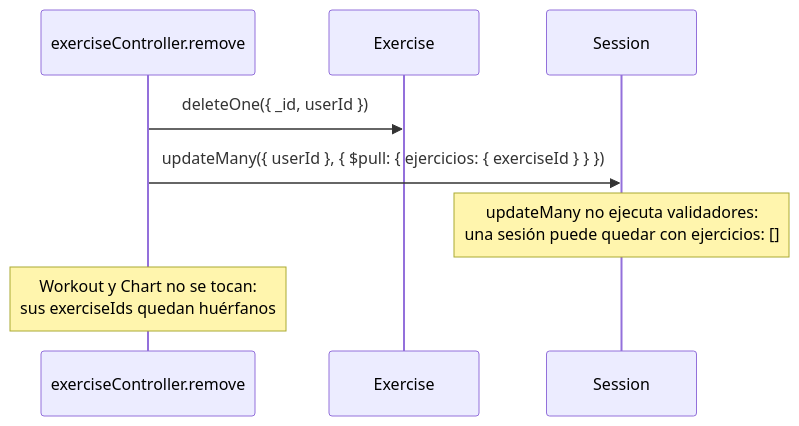
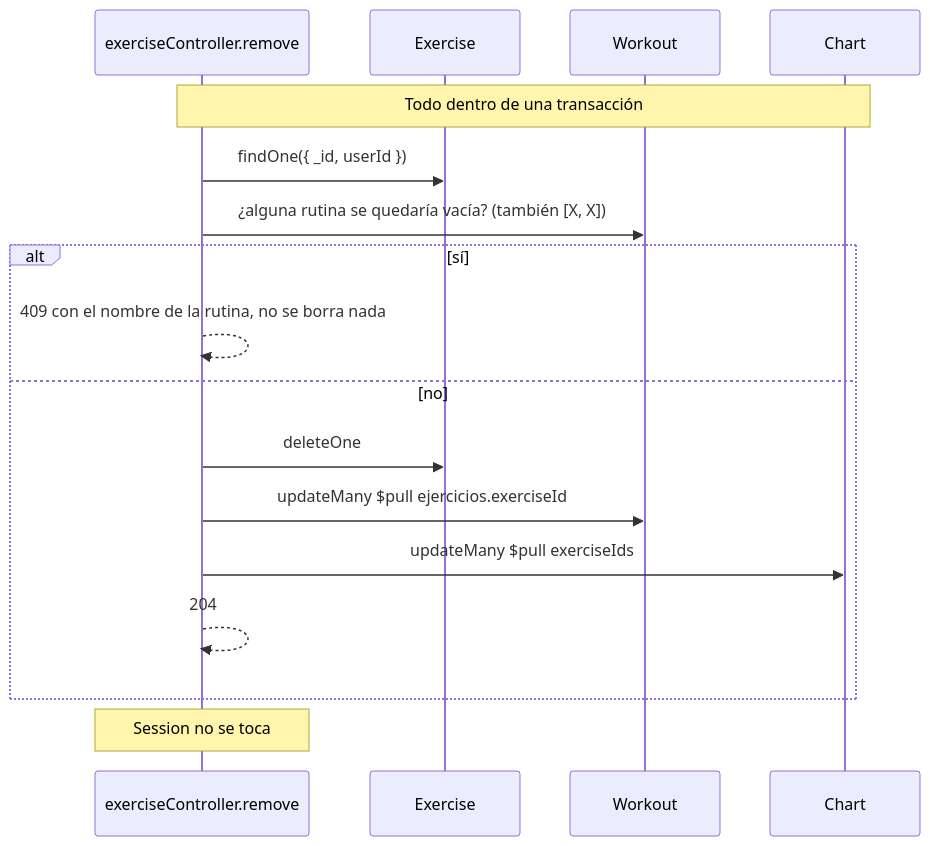
One commit to daviddhernandez2/yieldfit changed the third of 3 diagrams in docs/modelo-datos.md. Above: the diagram before and after it, drawn with Mermaid. The commit also changed other lines of this file and 2 other files, not shown here.

````diff
--- a/docs/modelo-datos.md
+++ b/docs/modelo-datos.md
@@ -134,10 +135,19 @@
 ```mermaid
 sequenceDiagram
     participant C as exerciseController.remove
     participant E as Exercise
-    participant S as Session
-    C->>E: deleteOne({ _id, userId })
-    C->>S: updateMany({ userId }, { $pull: { ejercicios: { exerciseId } } })
-    Note over S: updateMany no ejecuta validadores:<br/>una sesión puede quedar con ejercicios: []
-    Note over C: Workout y Chart no se tocan:<br/>sus exerciseIds quedan huérfanos
+    participant W as Workout
+    participant G as Chart
+    Note over C,G: Todo dentro de una transacción
+    C->>E: findOne({ _id, userId })
+    C->>W: ¿alguna rutina se quedaría vacía? (también [X, X])
+    alt sí
+        C-->>C: 409 con el nombre de la rutina, no se borra nada
+    else no
+        C->>E: deleteOne
+        C->>W: updateMany $pull ejercicios.exerciseId
+        C->>G: updateMany $pull exerciseIds
+        C-->>C: 204
+    end
+    Note over C: Session no se toca
 ```
````
